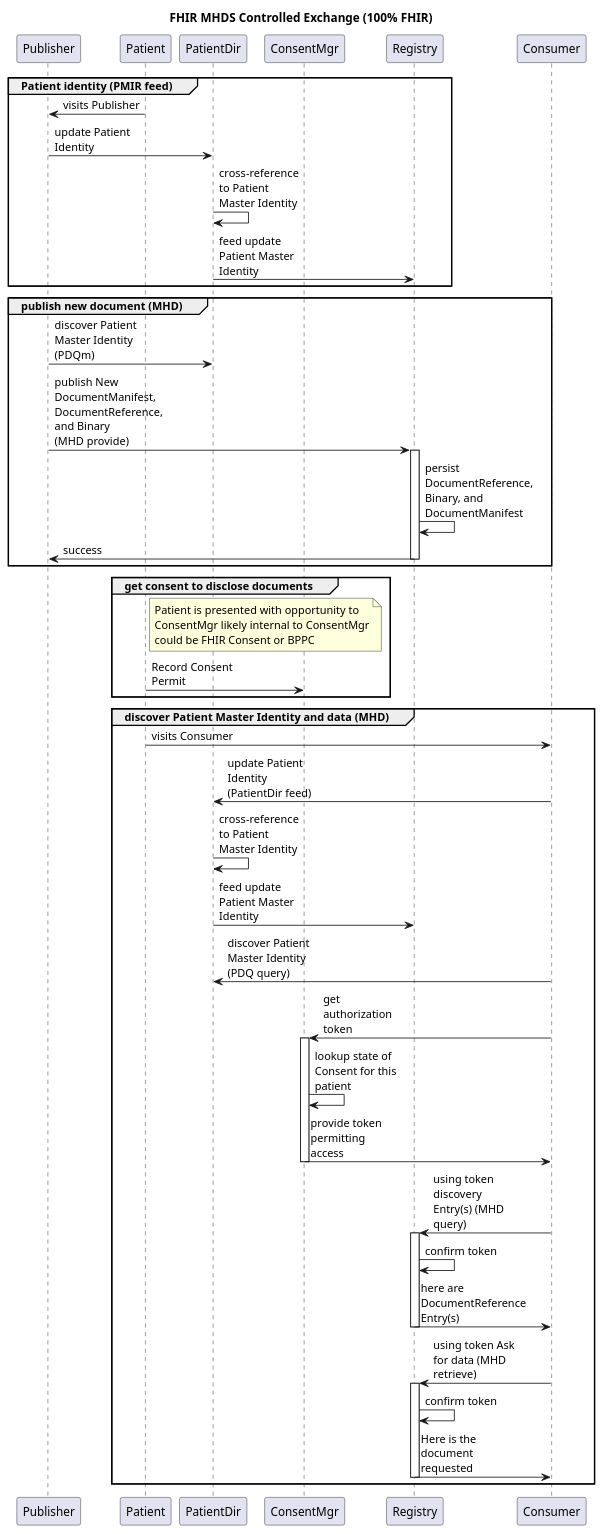
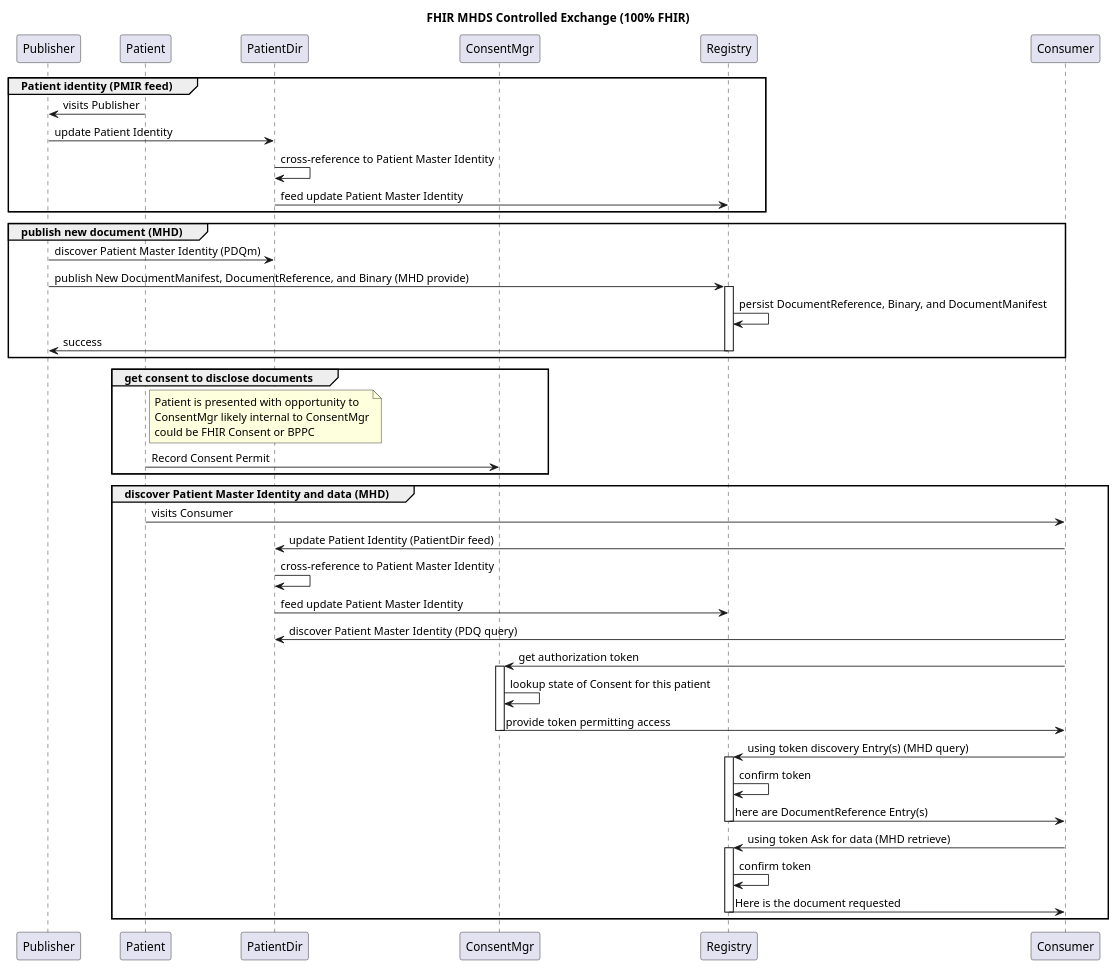
The diagram in input/images-source/MHDS_controlled_exchange.plantuml (IHE/ITI.MHDS), drawn with PlantUML before and after one commit.

Commit message:
autosizing of large plantuml

```diff
--- a/input/images-source/MHDS_controlled_exchange.plantuml
+++ b/input/images-source/MHDS_controlled_exchange.plantuml
@@ -1,60 +1,60 @@
 @startuml
-skinparam maxMessageSize 100
+skinparam svgDimensionStyle false
 title FHIR MHDS Controlled Exchange (100% FHIR)
 
 participant Publisher
 participant Patient
 participant PatientDir
 participant ConsentMgr
 participant Registry
 participant Consumer
 
 
 group Patient identity (PMIR feed)
 Patient->Publisher: visits Publisher
 Publisher->PatientDir: update Patient Identity
 PatientDir->PatientDir: cross-reference to Patient Master Identity
 PatientDir->Registry: feed update Patient Master Identity
 end
 
 group publish new document (MHD)
 Publisher->PatientDir: discover Patient Master Identity (PDQm)
 Publisher->Registry: publish New DocumentManifest, DocumentReference, and Binary (MHD provide)
 activate Registry
 Registry->Registry: persist DocumentReference, Binary, and DocumentManifest
 Registry->Publisher: success
 deactivate Registry
 end
 
 group get consent to disclose documents
 note right of Patient
 Patient is presented with opportunity to 
 ConsentMgr likely internal to ConsentMgr
 could be FHIR Consent or BPPC
 end note
 Patient->ConsentMgr: Record Consent Permit
 end
 
 group discover Patient Master Identity and data (MHD)
 Patient->Consumer: visits Consumer
 Consumer->PatientDir: update Patient Identity (PatientDir feed)
 PatientDir->PatientDir: cross-reference to Patient Master Identity
 PatientDir->Registry: feed update Patient Master Identity
 Consumer->PatientDir: discover Patient Master Identity (PDQ query)
 Consumer->ConsentMgr: get authorization token
 activate ConsentMgr
 ConsentMgr->ConsentMgr: lookup state of Consent for this patient
 ConsentMgr->Consumer: provide token permitting access
 deactivate ConsentMgr
 Consumer->Registry: using token discovery Entry(s) (MHD query)
 activate Registry
 Registry->Registry: confirm token
 Registry->Consumer: here are DocumentReference Entry(s)
 deactivate Registry
 Consumer->Registry: using token Ask for data (MHD retrieve)
 activate Registry
 Registry->Registry: confirm token
 Registry->Consumer: Here is the document requested
 deactivate Registry
 end
 @enduml
```
